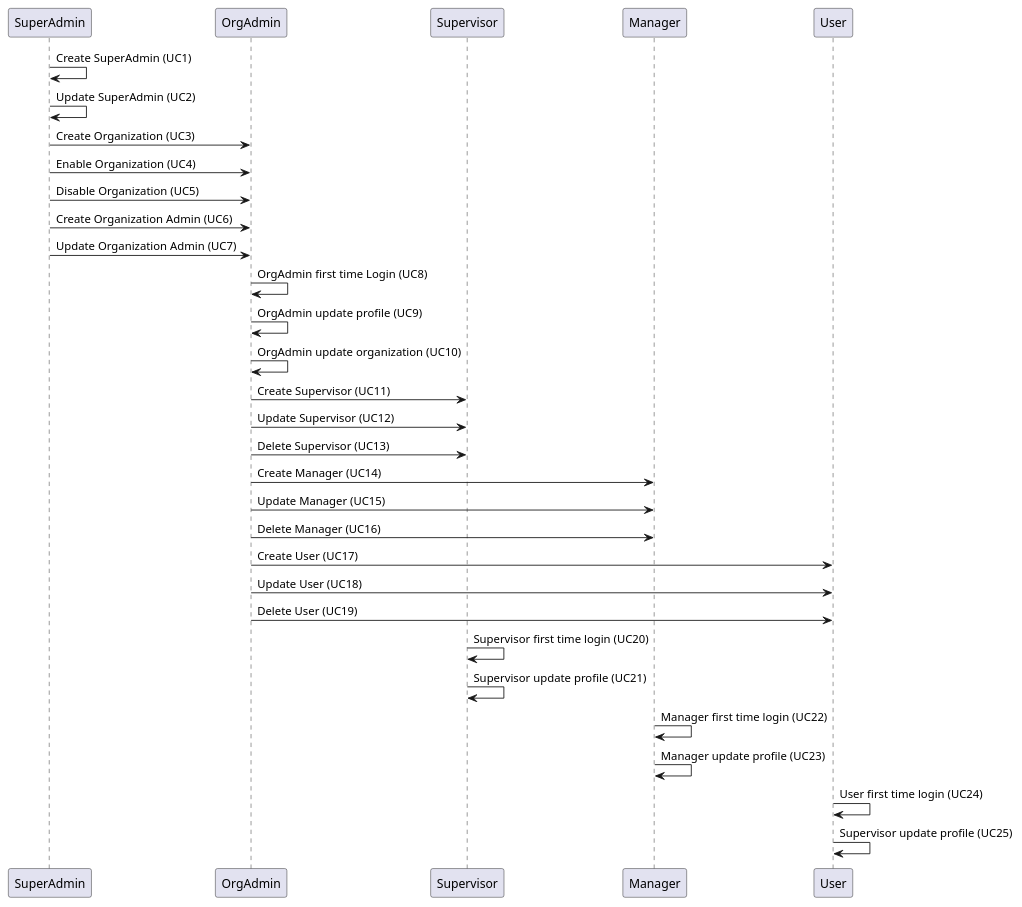
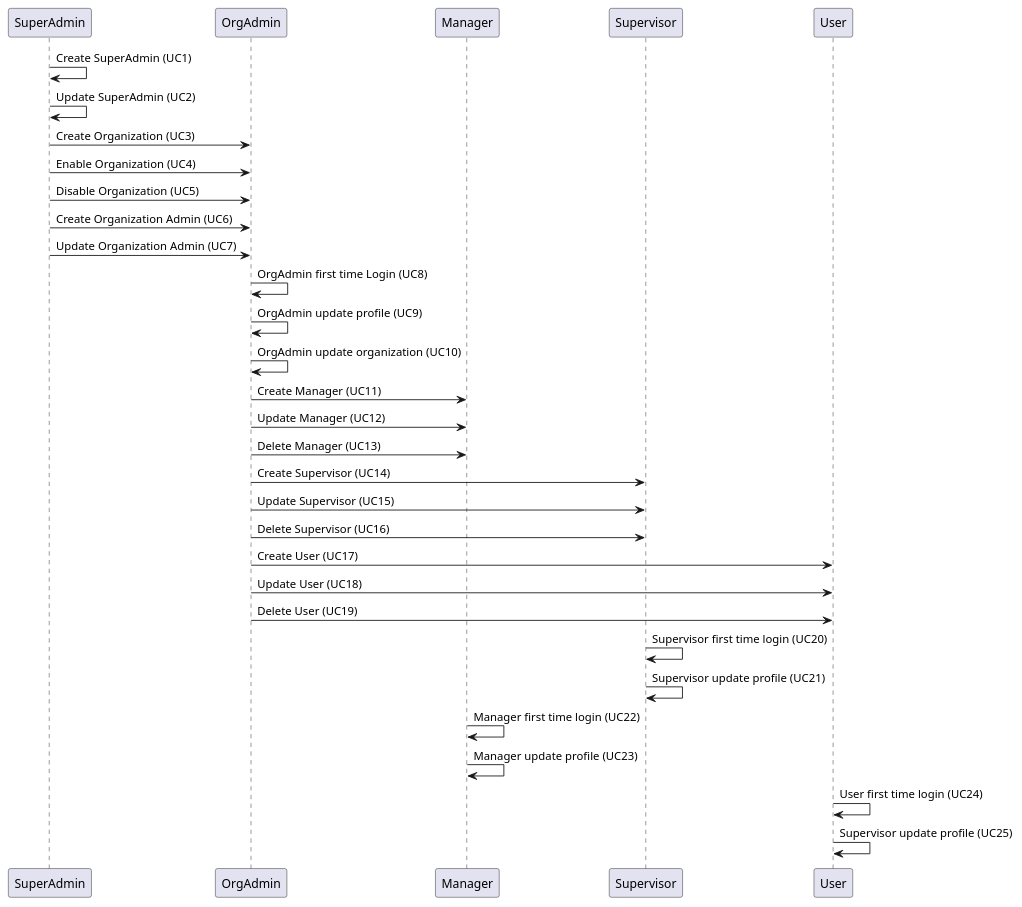
One commit to wawerualbert/CodeHub changed the diagram in documentation/all_usecases.wsd. Above: the diagram before and after it, drawn with PlantUML. The commit also changed 6 other files, not shown here.

Commit message:
switch supervisor and manager

```diff
--- a/documentation/all_usecases.wsd
+++ b/documentation/all_usecases.wsd
@@ -1,40 +1,39 @@
 @startuml AllUseCases
 
 participant "SuperAdmin" as SuperAdmin
 SuperAdmin -> SuperAdmin:Create SuperAdmin (UC1)
 SuperAdmin -> SuperAdmin:Update SuperAdmin (UC2)
 
 SuperAdmin -> OrgAdmin:Create Organization (UC3)
 SuperAdmin -> OrgAdmin:Enable Organization (UC4)
 SuperAdmin -> OrgAdmin:Disable Organization (UC5)
 
 SuperAdmin -> OrgAdmin:Create Organization Admin (UC6)
 SuperAdmin -> OrgAdmin:Update Organization Admin (UC7)
 
 OrgAdmin -> OrgAdmin:OrgAdmin first time Login (UC8)
 OrgAdmin -> OrgAdmin:OrgAdmin update profile (UC9)
 OrgAdmin -> OrgAdmin:OrgAdmin update organization (UC10)
 
-OrgAdmin -> Supervisor:Create Supervisor (UC11)
-OrgAdmin -> Supervisor:Update Supervisor (UC12)
-OrgAdmin -> Supervisor:Delete Supervisor (UC13)
+OrgAdmin -> Manager:Create Manager (UC11)
+OrgAdmin -> Manager:Update Manager (UC12)
+OrgAdmin -> Manager:Delete Manager (UC13)
 
-
-OrgAdmin -> Manager:Create Manager (UC14)
-OrgAdmin -> Manager:Update Manager (UC15)
-OrgAdmin -> Manager:Delete Manager (UC16)
+OrgAdmin -> Supervisor:Create Supervisor (UC14)
+OrgAdmin -> Supervisor:Update Supervisor (UC15)
+OrgAdmin -> Supervisor:Delete Supervisor (UC16)
 
 OrgAdmin -> User:Create User (UC17)
 OrgAdmin -> User:Update User (UC18)
 OrgAdmin -> User:Delete User (UC19)
 
 Supervisor -> Supervisor:Supervisor first time login (UC20)
 Supervisor -> Supervisor:Supervisor update profile (UC21)
 
 Manager -> Manager:Manager first time login (UC22)
 Manager -> Manager:Manager update profile (UC23)
 
 User -> User:User first time login (UC24)
 User -> User:Supervisor update profile (UC25)
 
 @enduml
```
